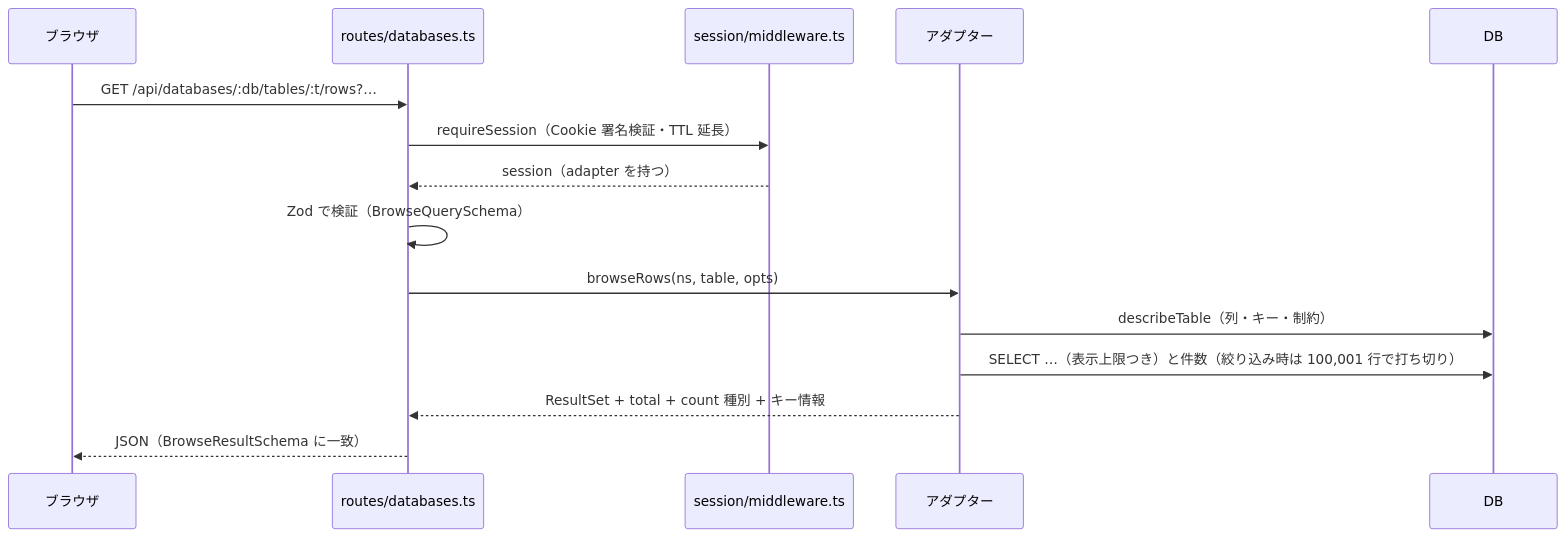
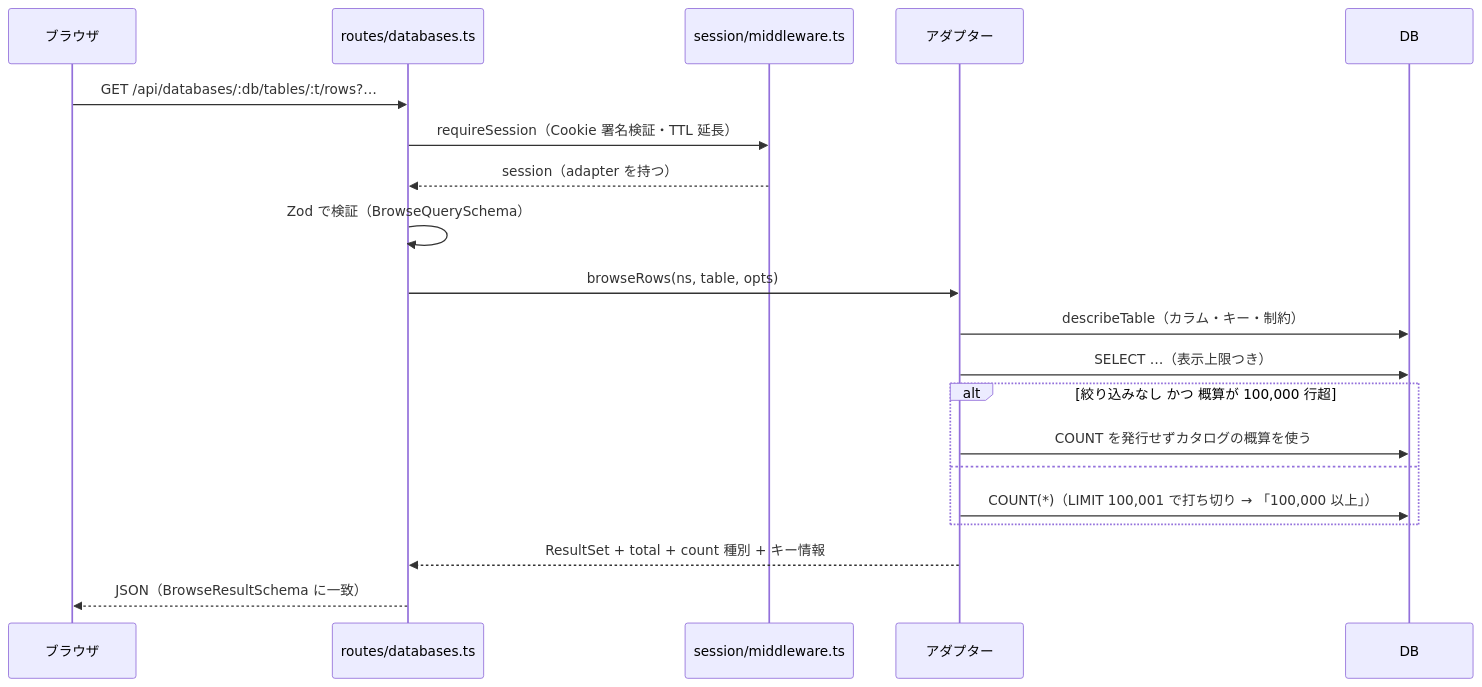
One commit to ip-san/tsmyadmin changed the sixth of 11 diagrams in docs/architecture.md. Above: the diagram before and after it, drawn with Mermaid. The commit also changed other lines of this file and 9 other files, not shown here.

````diff
--- a/docs/architecture.md
+++ b/docs/architecture.md
@@ -140,18 +166,23 @@
 ```mermaid
 sequenceDiagram
   participant B as ブラウザ
   participant R as routes/databases.ts
   participant M as session/middleware.ts
   participant A as アダプター
   participant D as DB
 
   B->>R: GET /api/databases/:db/tables/:t/rows?…
   R->>M: requireSession（Cookie 署名検証・TTL 延長）
   M-->>R: session（adapter を持つ）
   R->>R: Zod で検証（BrowseQuerySchema）
   R->>A: browseRows(ns, table, opts)
-  A->>D: describeTable（列・キー・制約）
-  A->>D: SELECT …（表示上限つき）と件数（絞り込み時は 100,001 行で打ち切り）
+  A->>D: describeTable（カラム・キー・制約）
+  A->>D: SELECT …（表示上限つき）
+  alt 絞り込みなし かつ 概算が 100,000 行超
+    A->>D: COUNT を発行せずカタログの概算を使う
+  else
+    A->>D: COUNT(*)（LIMIT 100,001 で打ち切り → 「100,000 以上」）
+  end
   A-->>R: ResultSet + total + count 種別 + キー情報
   R-->>B: JSON（BrowseResultSchema に一致）
 ```
````
